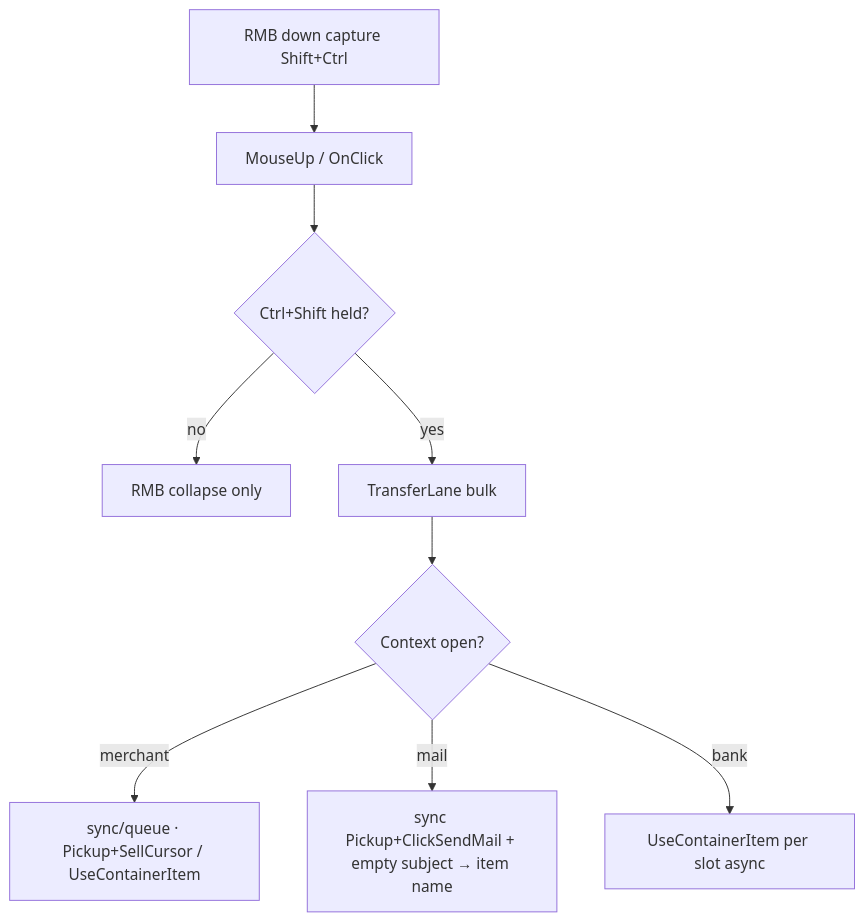
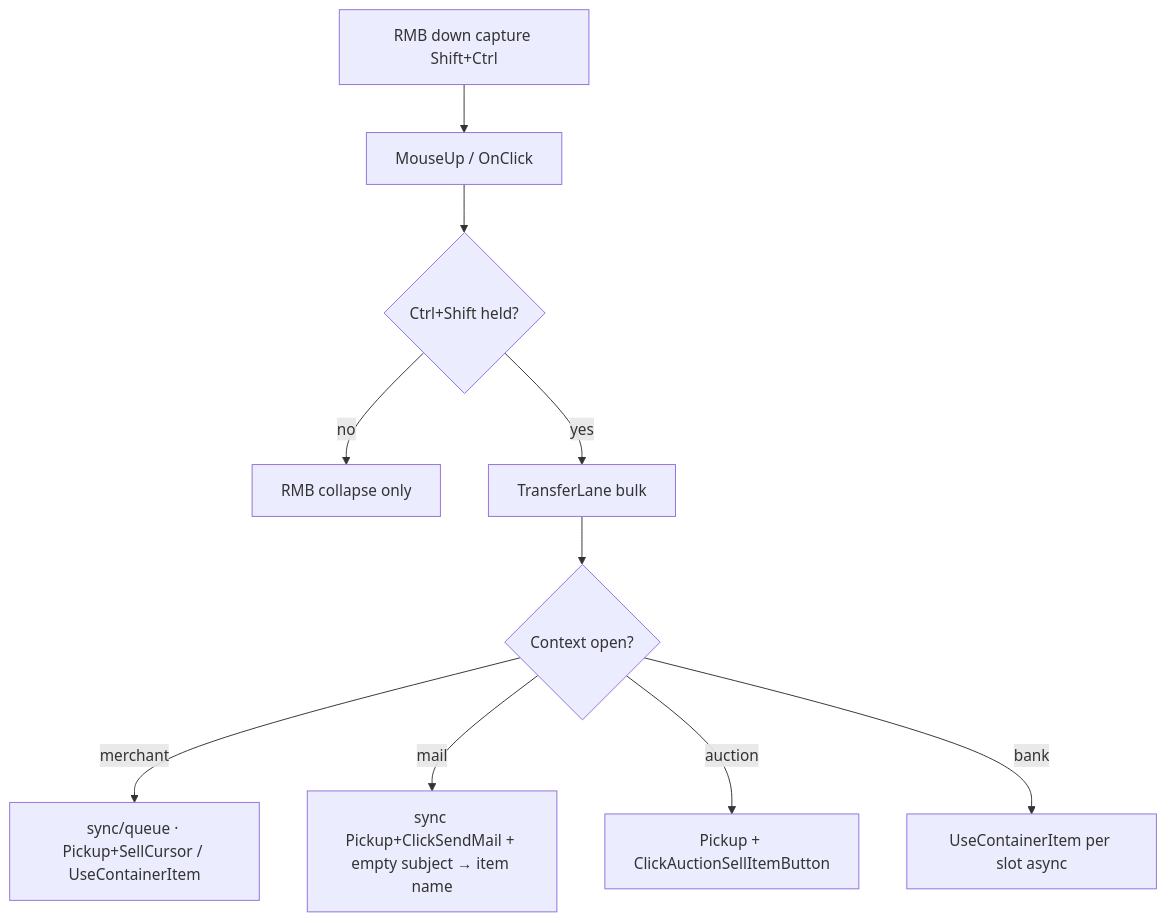
The fifth of 7 diagrams in addons/BetterBackpack/Docs/loops.md (sirTurbisCZ/wow-forever-addons), drawn with Mermaid before and after one commit. The commit also changed other lines of this file and 21 other files, not shown here.

````diff
--- a/addons/BetterBackpack/Docs/loops.md
+++ b/addons/BetterBackpack/Docs/loops.md
@@ -98,11 +98,12 @@
 ```mermaid
 flowchart TD
   Down[RMB down capture Shift+Ctrl] --> Up[MouseUp / OnClick]
   Up --> Mod{Ctrl+Shift held?}
   Mod -->|no| Collapse[RMB collapse only]
   Mod -->|yes| RMB[TransferLane bulk]
   RMB --> Ctx{Context open?}
   Ctx -->|merchant| Sell[sync/queue · Pickup+SellCursor / UseContainerItem]
   Ctx -->|mail| Mail[sync Pickup+ClickSendMail + empty subject → item name]
+  Ctx -->|auction| AH[Pickup + ClickAuctionSellItemButton]
   Ctx -->|bank| Bank[UseContainerItem per slot async]
 ```
````
